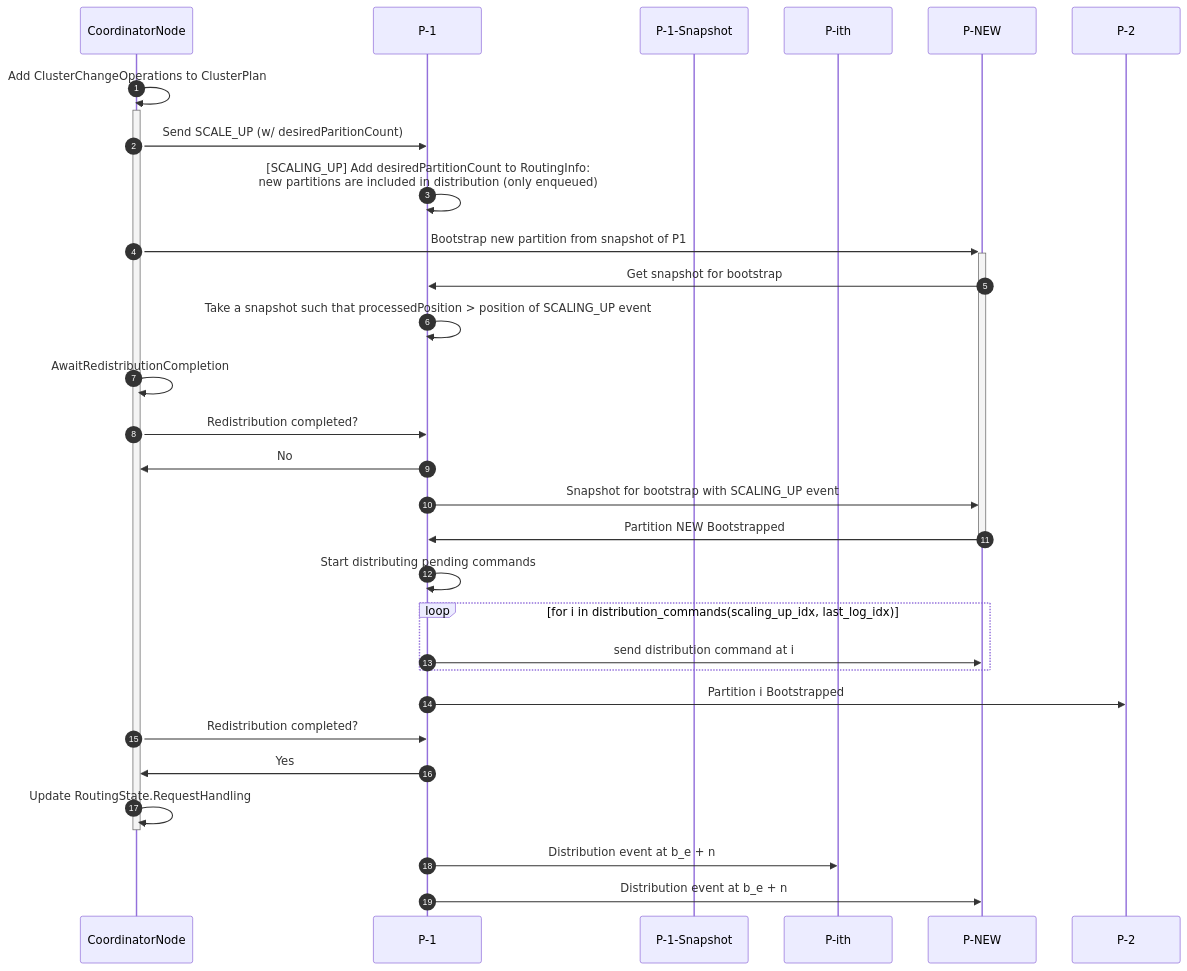
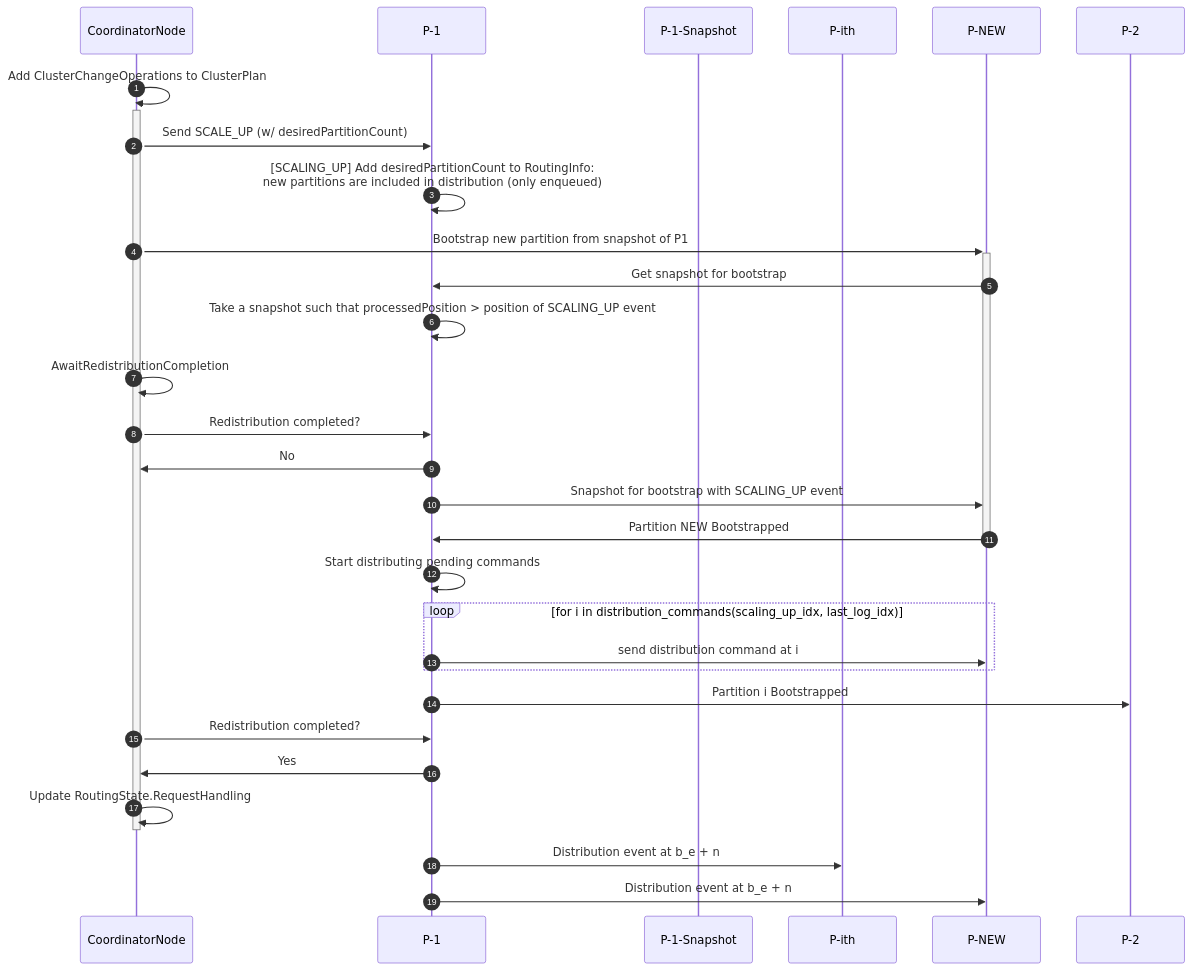
Before and after one commit to camunda/camunda: the diagram in docs/zeebe/dynamic_scaling.md, drawn with Mermaid. The commit also changed other lines of this file, not shown here.

````diff
--- a/docs/zeebe/dynamic_scaling.md
+++ b/docs/zeebe/dynamic_scaling.md
@@ -15,39 +15,39 @@
 ```mermaid
 sequenceDiagram
 autonumber
 participant CoordinatorNode
 participant P-1
 participant P-1-Snapshot
 participant P-ith
 participant P-NEW
 
 CoordinatorNode ->>+ CoordinatorNode: Add ClusterChangeOperations to ClusterPlan
 
-CoordinatorNode ->> P-1: Send SCALE_UP (w/ desiredParitionCount)
+CoordinatorNode ->> P-1: Send SCALE_UP (w/ desiredPartitionCount)
 P-1 ->> P-1: [SCALING_UP] Add desiredPartitionCount to RoutingInfo: <br> new partitions are included in distribution (only enqueued)
 
 CoordinatorNode ->>+ P-NEW: Bootstrap new partition from snapshot of P1
 P-NEW ->> P-1: Get snapshot for bootstrap
 P-1 ->> P-1: Take a snapshot such that processedPosition > position of SCALING_UP event
 
 CoordinatorNode ->> CoordinatorNode: AwaitRedistributionCompletion
 
 CoordinatorNode ->> P-1: Redistribution completed?
 P-1 ->> CoordinatorNode: No
 
 P-1 ->> P-NEW: Snapshot for bootstrap with SCALING_UP event
 P-NEW ->>- P-1: Partition NEW Bootstrapped
 P-1 ->> P-1: Start distributing pending commands
 
 loop for i in distribution_commands(scaling_up_idx, last_log_idx)
   P-1 ->> P-NEW: send distribution command at i
 end
 
 P-1 ->> P-2: Partition i Bootstrapped
 CoordinatorNode ->> P-1: Redistribution completed?
 P-1 ->> CoordinatorNode: Yes
 CoordinatorNode ->>- CoordinatorNode : Update RoutingState.RequestHandling
 
 P-1 ->> P-ith: Distribution event at b_e + n
 P-1 ->> P-NEW: Distribution event at b_e + n
 ```
````
